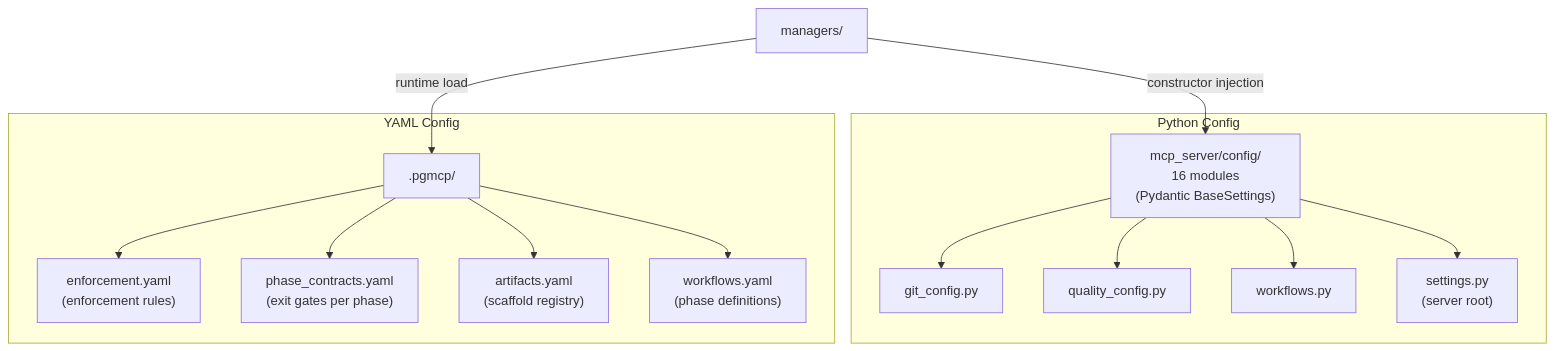
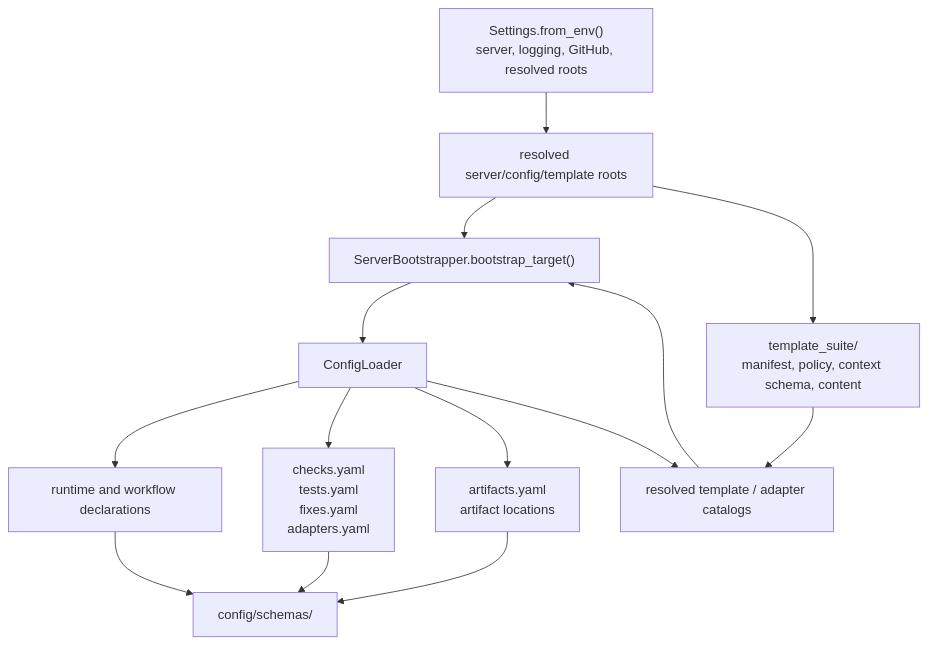
One commit to MikeyVK/phase-gate-mcp changed the diagram in docs/manuals/architectural_diagrams/05_config_layer.md. Above: the diagram before and after it, drawn with Mermaid. The commit also changed other lines of this file and 7 other files, not shown here.

Commit message:
docs(P_IMPLEMENTATION_SP_C92_REFACTOR): align architecture diagrams with v3 runtime boundaries (#460)

````diff
--- a/docs/manuals/architectural_diagrams/05_config_layer.md
+++ b/docs/manuals/architectural_diagrams/05_config_layer.md
@@ -30,20 +13,27 @@
 ```mermaid
 graph TD
-    subgraph Python Config
-        SC["mcp_server/config/<br/>16 modules<br/>(Pydantic BaseSettings)"]
-        SC --> GC["git_config.py"]
-        SC --> QC["quality_config.py"]
-        SC --> WF["workflows.py"]
-        SC --> SET["settings.py<br/>(server root)"]
-    end
-    subgraph YAML Config
-        PG[".pgmcp/"]
-        PG --> ENF["enforcement.yaml<br/>(enforcement rules)"]
-        PG --> PC["phase_contracts.yaml<br/>(exit gates per phase)"]
-        PG --> ART["artifacts.yaml<br/>(scaffold registry)"]
-        PG --> WFY["workflows.yaml<br/>(phase definitions)"]
-    end
+    Settings["Settings.from_env()<br/>server, logging, GitHub, resolved roots"]
+    Root["resolved server/config/template roots"]
+    Bootstrap["ServerBootstrapper.bootstrap_target()"]
+    Loader["ConfigLoader"]
+    Runtime["runtime and workflow declarations"]
+    ExecutionConfig["checks.yaml<br/>tests.yaml<br/>fixes.yaml<br/>adapters.yaml"]
+    ArtifactConfig["artifacts.yaml<br/>artifact locations"]
+    Templates["template_suite/<br/>manifest, policy, context schema, content"]
+    Schemas["config/schemas/"]
+    Catalog["resolved template / adapter catalogs"]
 
-    Managers["managers/"] -->|"constructor injection"| SC
-    Managers -->|"runtime load"| PG
+    Settings --> Root
+    Root --> Bootstrap
+    Bootstrap --> Loader
+    Loader --> Runtime
+    Loader --> ExecutionConfig
+    Loader --> ArtifactConfig
+    Runtime --> Schemas
+    ExecutionConfig --> Schemas
+    ArtifactConfig --> Schemas
+    Root --> Templates
+    Templates --> Catalog
+    Loader --> Catalog
+    Catalog --> Bootstrap
 ```
````
